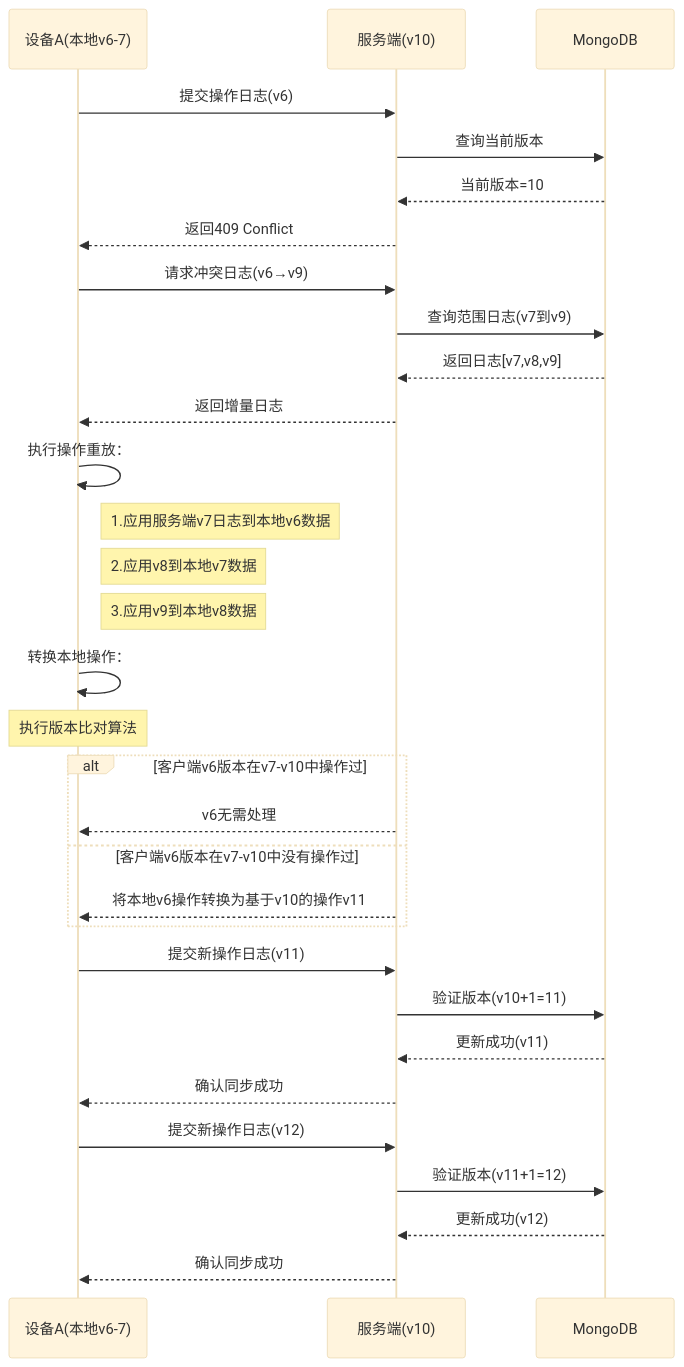
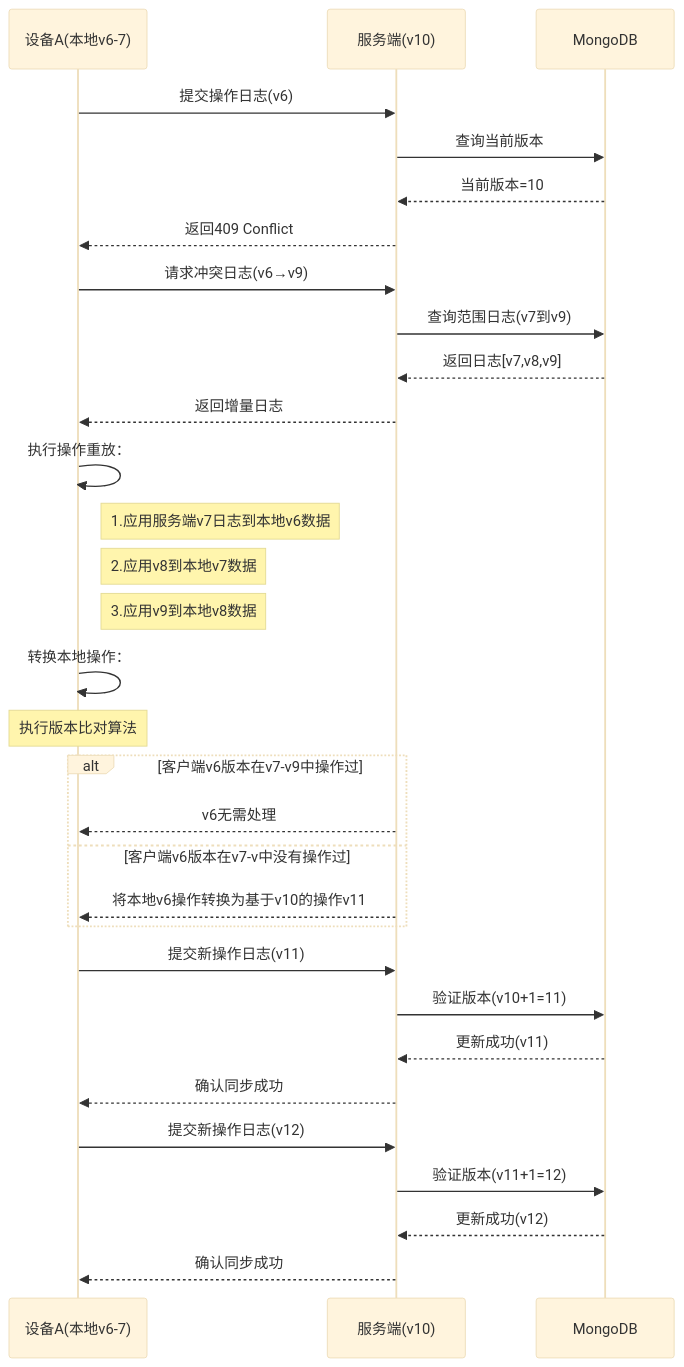
One commit to yingjianzh/iodraw-files changed the diagram in all/未命名-26.md. Above: the diagram before and after it, drawn with Mermaid (base theme).

Commit message:
2025-02-26 16:59:11 update

````diff
--- a/all/未命名-26.md
+++ b/all/未命名-26.md
@@ -1,45 +1,45 @@
 ```mermaid
 sequenceDiagram
     participant A as 设备A(本地v6-7)
     participant S as 服务端(v10)
     participant DB as MongoDB
 
     %% 初始同步尝试
     A->>S: 提交操作日志(v6)
     S->>DB: 查询当前版本
     DB-->>S: 当前版本=10
     S-->>A: 返回409 Conflict
 
     %% 冲突解决阶段
     A->>S: 请求冲突日志(v6→v9)
     S->>DB: 查询范围日志(v7到v9)
     DB-->>S: 返回日志[v7,v8,v9]
     S-->>A: 返回增量日志
 
 
     %% 本地数据重建
     A->>A: 执行操作重放：
     note right of A: 1.应用服务端v7日志到本地v6数据
     note right of A: 2.应用v8到本地v7数据
     note right of A: 3.应用v9到本地v8数据
 
     %% 本地操作转换
     A->>A: 转换本地操作：
     Note over A: 执行版本比对算法
-    alt 客户端v6版本在v7-v10中操作过
+    alt 客户端v6版本在v7-v9中操作过
         S-->>A: v6无需处理
-    else 客户端v6版本在v7-v10中没有操作过
+    else 客户端v6版本在v7-v中没有操作过
         S-->>A: 将本地v6操作转换为基于v10的操作v11
     end
 
     %% 重新提交
     A->>S: 提交新操作日志(v11)
     S->>DB: 验证版本(v10+1=11)
     DB-->>S: 更新成功(v11)
     S-->>A: 确认同步成功
 
     A->>S: 提交新操作日志(v12)
     S->>DB: 验证版本(v11+1=12)
     DB-->>S: 更新成功(v12)
     S-->>A: 确认同步成功
 ```
````
